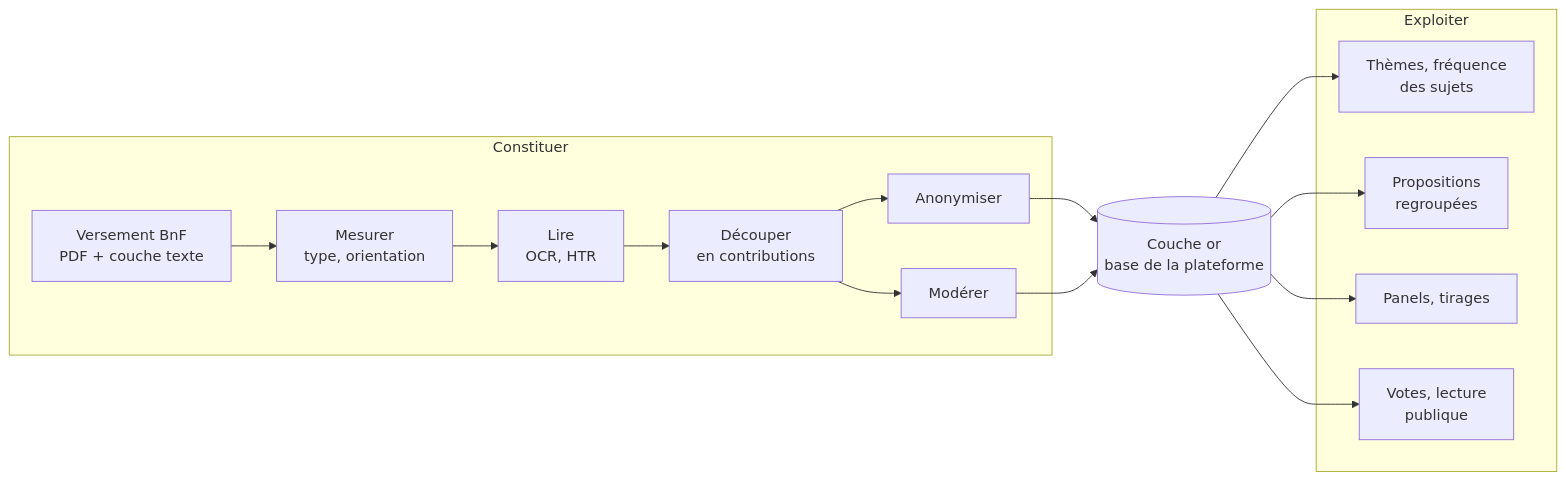
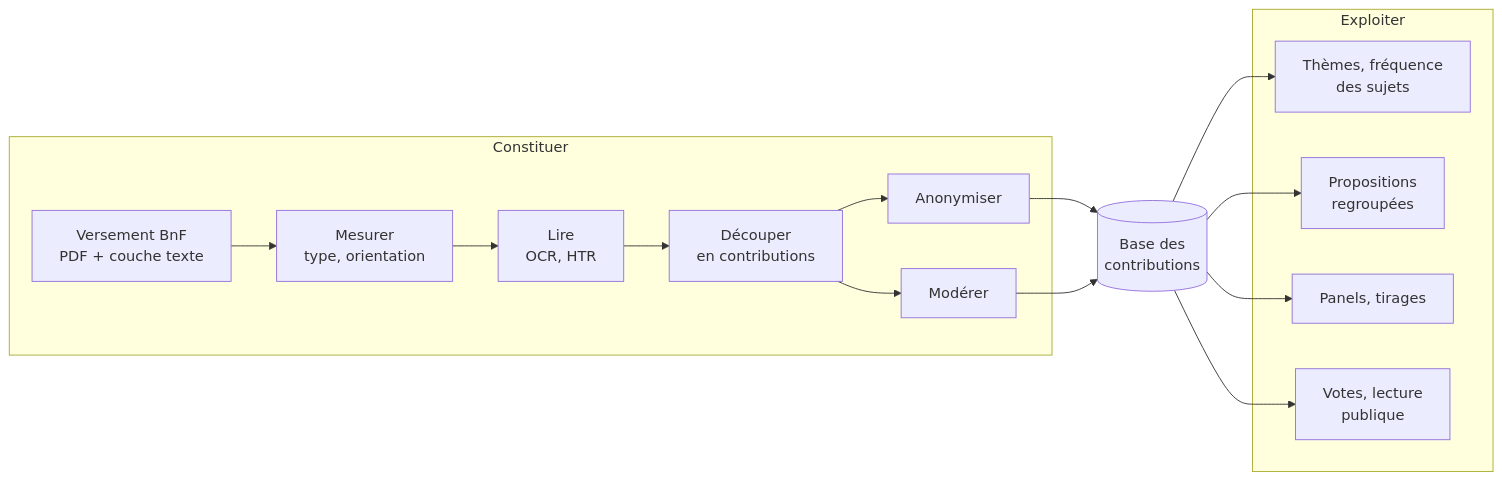
The diagram in docs/chaine.md (dataforgoodfr/15-Les-cahiers-pour-decider-et-agir), drawn with Mermaid before and after one commit. The commit also changed other lines of this file and 1 other file, not shown here.

First line of the commit message:
docs(chaine): la base des contributions plutôt que la couche « or »

````diff
--- a/docs/chaine.md
+++ b/docs/chaine.md
@@ -18,22 +18,22 @@
 ```mermaid
 flowchart LR
     subgraph C[Constituer]
         V[Versement BnF<br>PDF + couche texte] --> M[Mesurer<br>type, orientation]
         M --> L[Lire<br>OCR, HTR]
         L --> D[Découper<br>en contributions]
         D --> A[Anonymiser]
         D --> Mo[Modérer]
     end
-    A --> O[(Couche or<br>base de la plateforme)]
+    A --> O[(Base des<br>contributions)]
     Mo --> O
     subgraph E[Exploiter]
         T[Thèmes, fréquence<br>des sujets]
         P[Propositions<br>regroupées]
         S[Panels, tirages]
         Vo[Votes, lecture<br>publique]
     end
     O --> T
     O --> P
     O --> S
     O --> Vo
 ```
````
